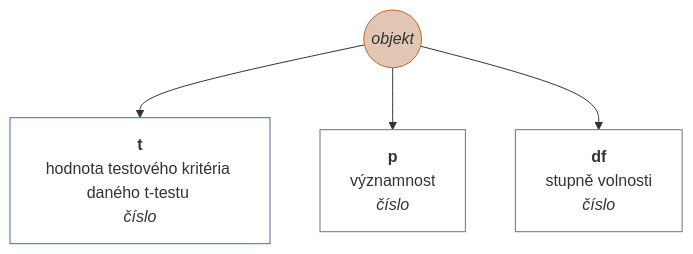
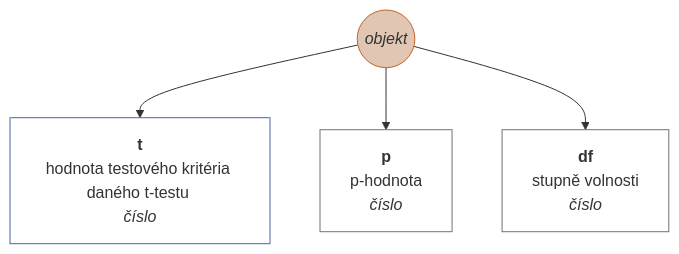
One commit to muzikp/retusa changed diagram 33 of 38 in docs/cs-CZ.md. Above: the diagram before and after it, drawn with Mermaid. The commit also changed other lines of this file and 8 other files, not shown here.

````diff
--- a/docs/cs-CZ.md
+++ b/docs/cs-CZ.md
@@ -1295,16 +1295,16 @@
 ```mermaid
 graph TD
 ttestind((<i>objekt</i>))
 style ttestind fill:#E1C6B3;
 style ttestind stroke:#C36422;
 ttestind --> t[<b>t</b><br>hodnota testového kritéria daného t-testu <br><i>číslo</i>]
 style t fill:#FFFFFF;
 style t stroke:#4967A4;
-ttestind --> p[<b>p</b><br>významnost <br><i>číslo</i>]
+ttestind --> p[<b>p</b><br>p-hodnota <br><i>číslo</i>]
 style p fill:#FFFFFF;
 style p stroke:#75716F;
 ttestind --> df[<b>df</b><br>stupně volnosti <br><i>číslo</i>]
 style df fill:#FFFFFF;
 style df stroke:#75716F;
 
 ```
````
